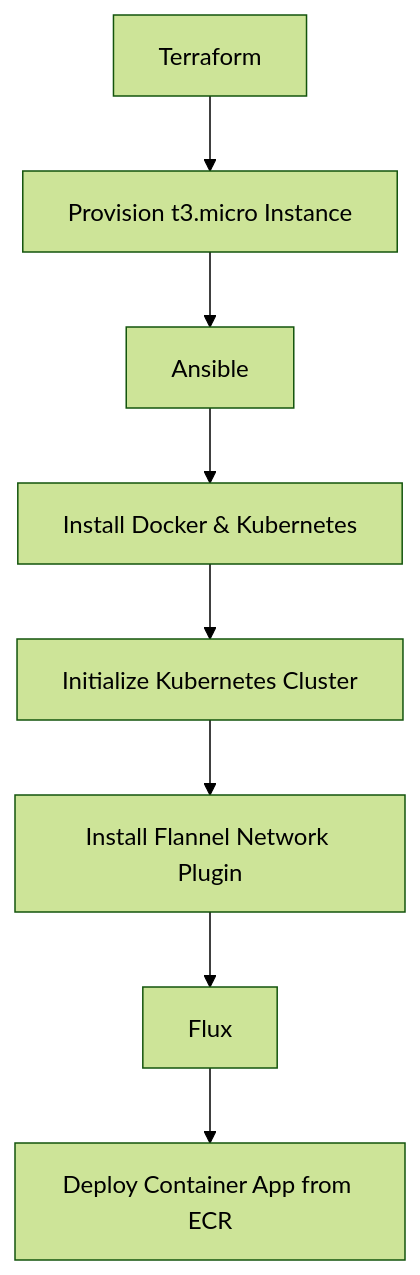
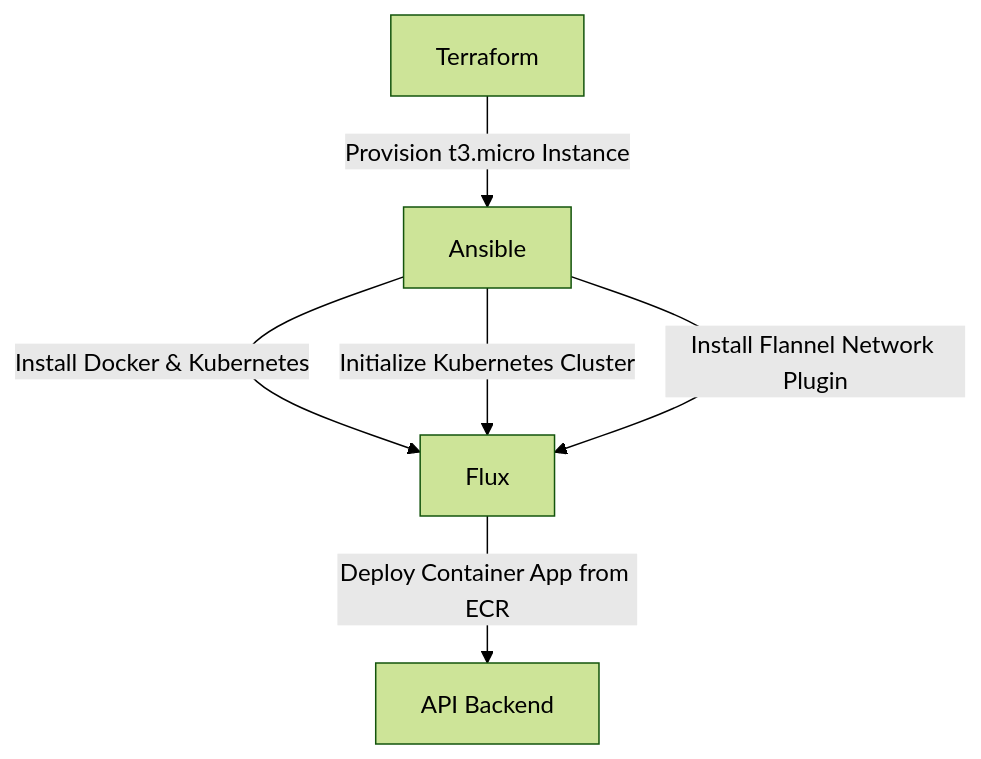
Before and after one commit to considerable/gitops-demo: the diagram in Flux/README.md, drawn with Mermaid (forest theme).

````diff
--- a/Flux/README.md
+++ b/Flux/README.md
@@ -52,10 +52,8 @@
 ```mermaid
 graph TD;
-    A[Terraform] --> B[Provision t3.micro Instance];
-    B --> C[Ansible];
-    C --> D[Install Docker & Kubernetes];
-    D --> E[Initialize Kubernetes Cluster];
-    E --> F[Install Flannel Network Plugin];
-    F --> G[Flux];
-    G --> H[Deploy Container App from ECR];
+    A[Terraform] -->|Provision t3.micro Instance| B[Ansible]
+    B -->|Install Docker & Kubernetes| C[Flux]
+    B -->|Initialize Kubernetes Cluster| C
+    B -->|Install Flannel Network Plugin| C
+    C -->|Deploy Container App from ECR| D[API Backend]
 ```
````
